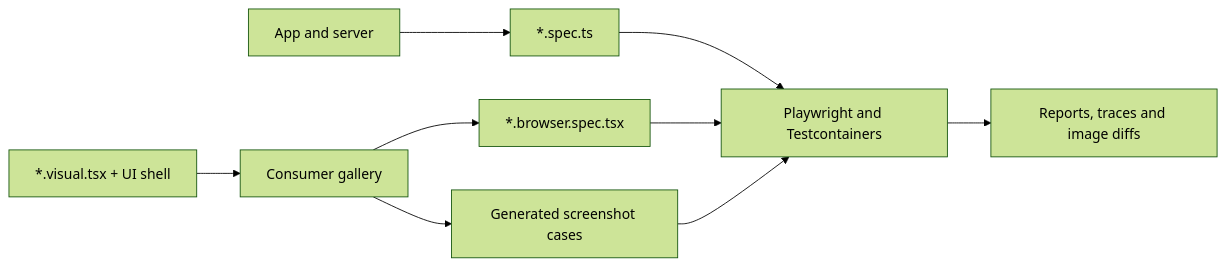
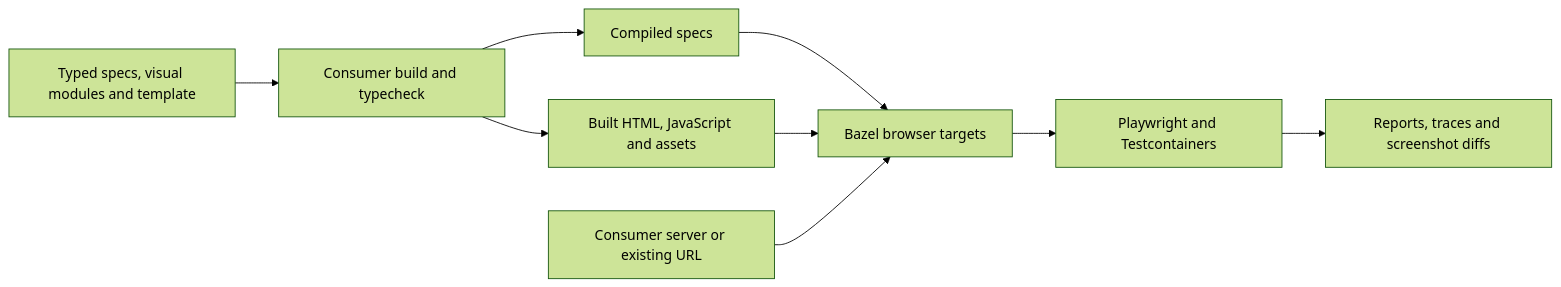
One commit to perplexityai/rules_web_e2e changed the diagram in docs/getting-started.md. Above: the diagram before and after it, drawn with Mermaid (forest theme). The commit also changed other lines of this file and 38 other files, not shown here.

````diff
--- a/docs/getting-started.md
+++ b/docs/getting-started.md
@@ -7,11 +7,11 @@
 ```mermaid
 flowchart LR
-  App[App and server] --> E2E["*.spec.ts"]
-  Visuals["*.visual.tsx + UI shell"] --> Gallery[Consumer gallery]
-  Gallery --> Component["*.browser.spec.tsx"]
-  Gallery --> VRT[Generated screenshot cases]
-  E2E --> Runner[Playwright and Testcontainers]
-  Component --> Runner
-  VRT --> Runner
-  Runner --> Outputs[Reports, traces and image diffs]
+  Sources[Typed specs, visual modules and template] --> Build[Consumer build and typecheck]
+  Build --> Specs[Compiled specs]
+  Build --> Shell[Built HTML, JavaScript and assets]
+  Specs --> Tests[Bazel browser targets]
+  Shell --> Tests
+  Server[Consumer server or existing URL] --> Tests
+  Tests --> Browser[Playwright and Testcontainers]
+  Browser --> Results[Reports, traces and screenshot diffs]
 ```
````
